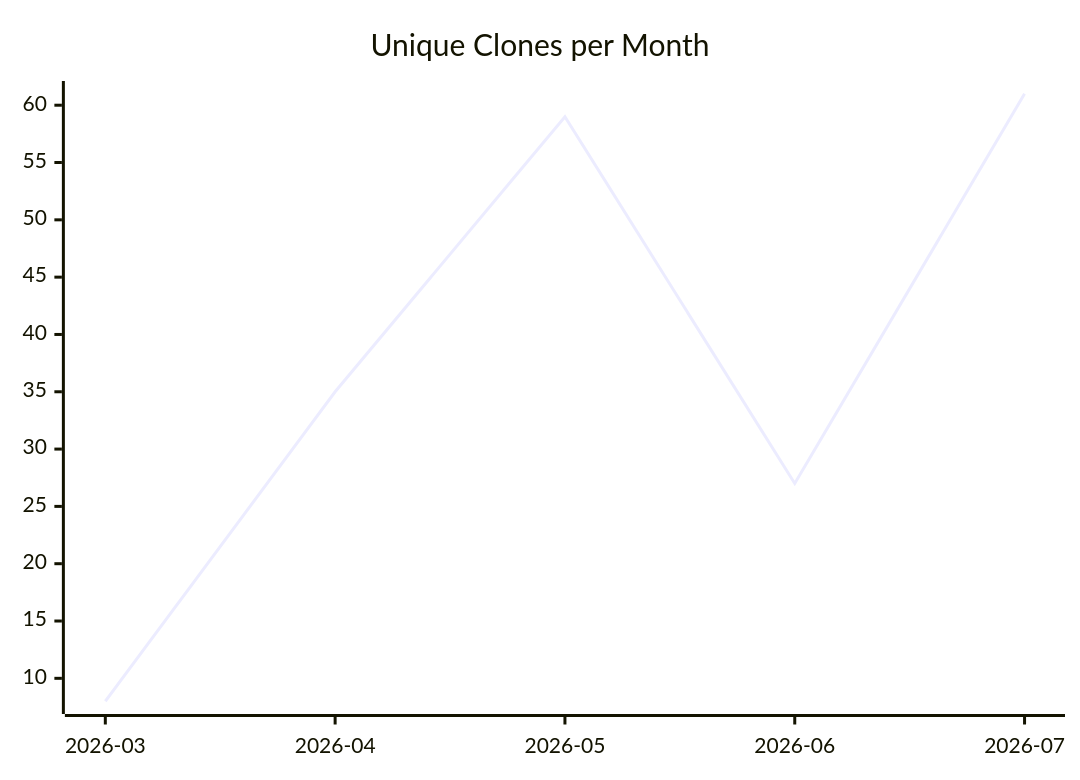
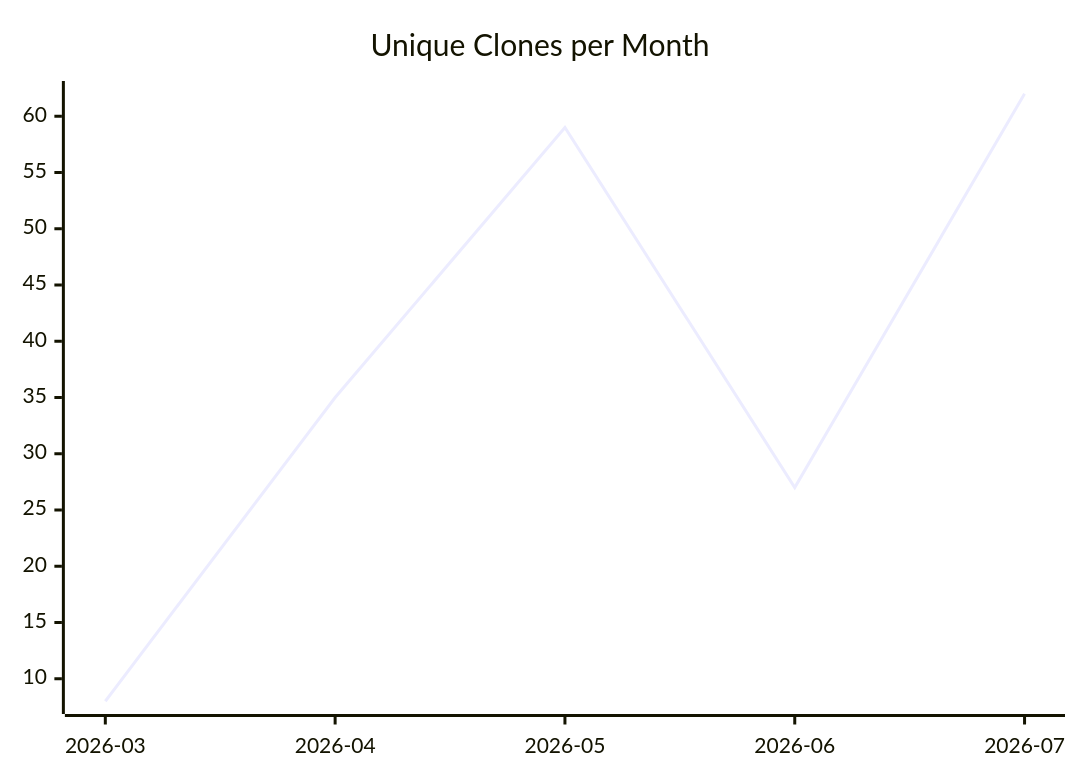
Before and after one commit to justdavis-family/github-analytics-data: the third of 3 diagrams in karlmdavis/fhir-benchmarks/README.md, drawn with Mermaid. The commit also changed other lines of this file and 184 other files, not shown here.

````diff
--- a/karlmdavis/fhir-benchmarks/README.md
+++ b/karlmdavis/fhir-benchmarks/README.md
@@ -19,6 +19,6 @@
 ```mermaid
 xychart-beta
   title "Unique Clones per Month"
   x-axis ["2026-03", "2026-04", "2026-05", "2026-06", "2026-07"]
-  line [8, 35, 59, 27, 61]
+  line [8, 35, 59, 27, 62]
 ```
````
